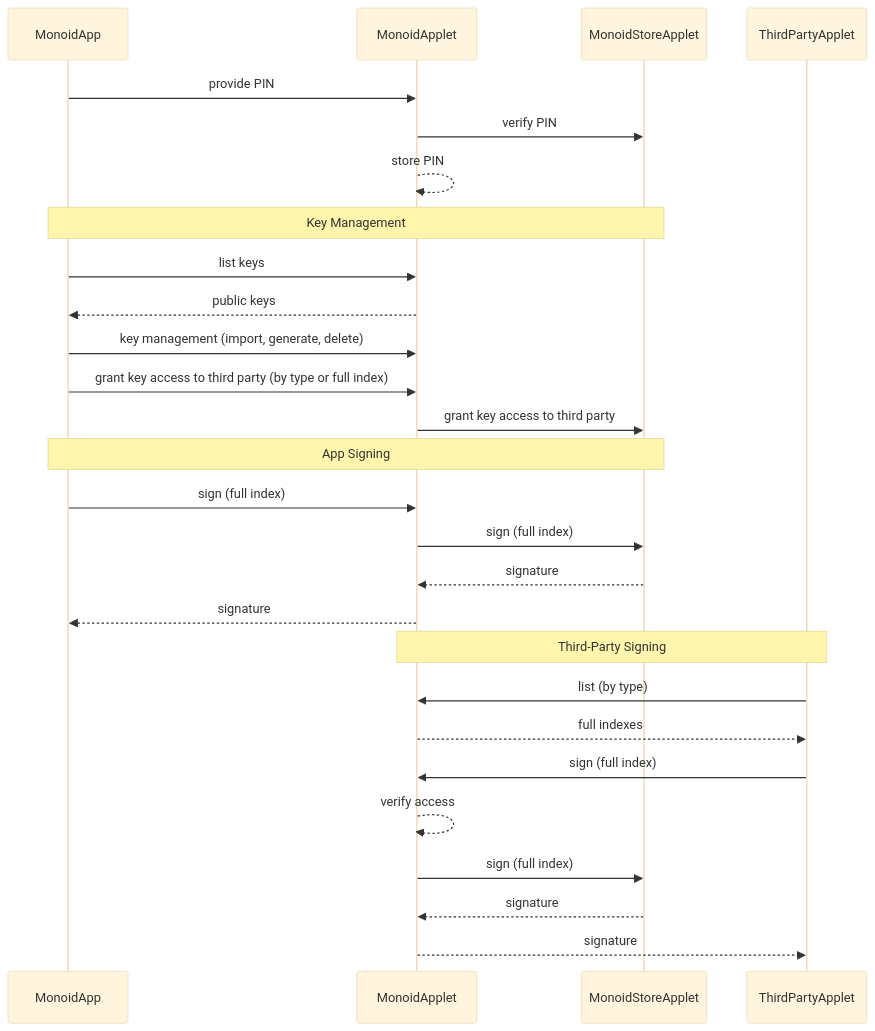
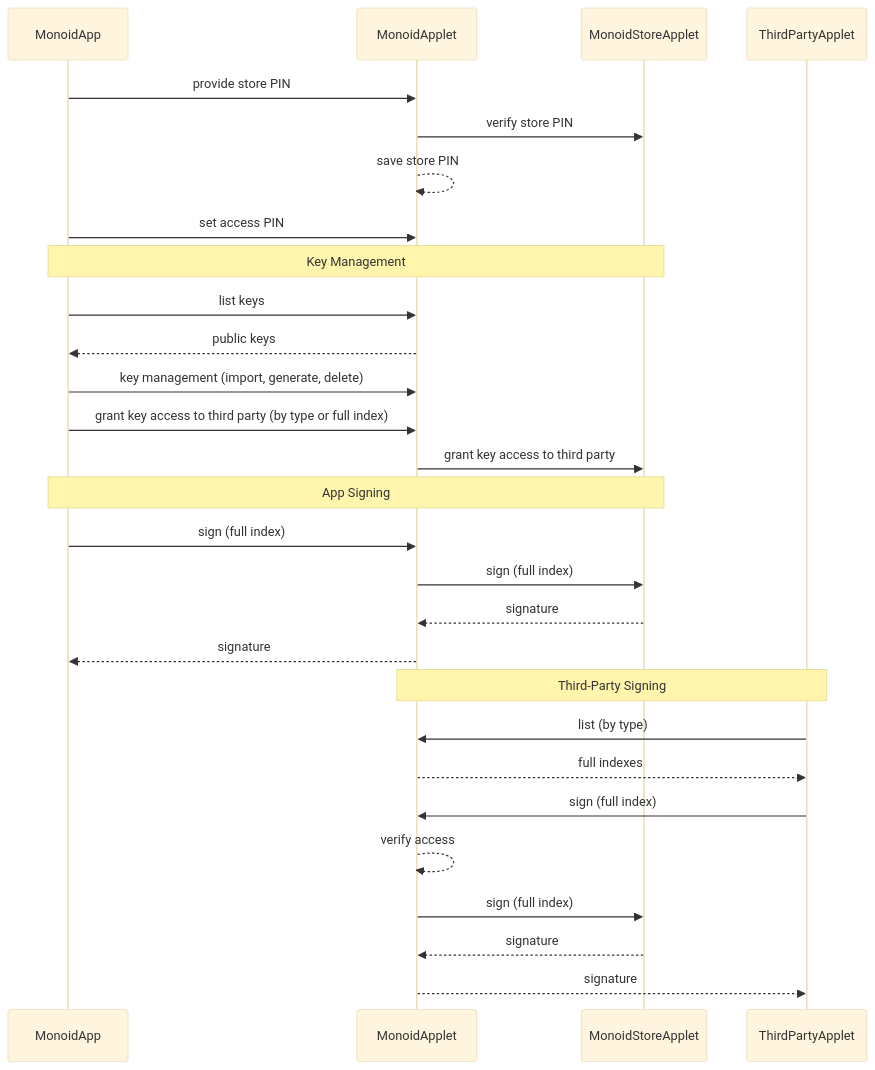
The diagram in ARCHITECTURE.md (vilicvane/monoid-javacard), drawn with Mermaid (base theme) before and after one commit. The commit also changed 8 other files, not shown here.

````diff
--- a/ARCHITECTURE.md
+++ b/ARCHITECTURE.md
@@ -3,36 +3,38 @@
 ```mermaid
 sequenceDiagram
     participant MonoidApp
     participant MonoidApplet
     participant MonoidStoreApplet
     participant ThirdPartyApplet
 
-    MonoidApp ->> MonoidApplet: provide PIN
-    MonoidApplet ->> MonoidStoreApplet: verify PIN
-    MonoidApplet -->> MonoidApplet: store PIN
+    MonoidApp ->> MonoidApplet: provide store PIN
+    MonoidApplet ->> MonoidStoreApplet: verify store PIN
+    MonoidApplet -->> MonoidApplet: save store PIN
+
+    MonoidApp ->> MonoidApplet: set access PIN
 
     note over MonoidApp, MonoidStoreApplet: Key Management
 
     MonoidApp ->> MonoidApplet: list keys
     MonoidApplet -->> MonoidApp: public keys
     MonoidApp ->> MonoidApplet: key management (import, generate, delete)
     MonoidApp ->> MonoidApplet: grant key access to third party (by type or full index)
     MonoidApplet ->> MonoidStoreApplet: grant key access to third party
 
     note over MonoidApp, MonoidStoreApplet: App Signing
 
     MonoidApp ->> MonoidApplet: sign (full index)
     MonoidApplet ->> MonoidStoreApplet: sign (full index)
     MonoidStoreApplet -->> MonoidApplet: signature
     MonoidApplet -->> MonoidApp: signature
 
     note over MonoidApplet, ThirdPartyApplet: Third-Party Signing
 
     ThirdPartyApplet ->> MonoidApplet: list (by type)
     MonoidApplet -->> ThirdPartyApplet: full indexes
     ThirdPartyApplet ->> MonoidApplet: sign (full index)
     MonoidApplet -->> MonoidApplet: verify access
     MonoidApplet ->> MonoidStoreApplet: sign (full index)
     MonoidStoreApplet -->> MonoidApplet: signature
     MonoidApplet -->> ThirdPartyApplet: signature
 ```
````
